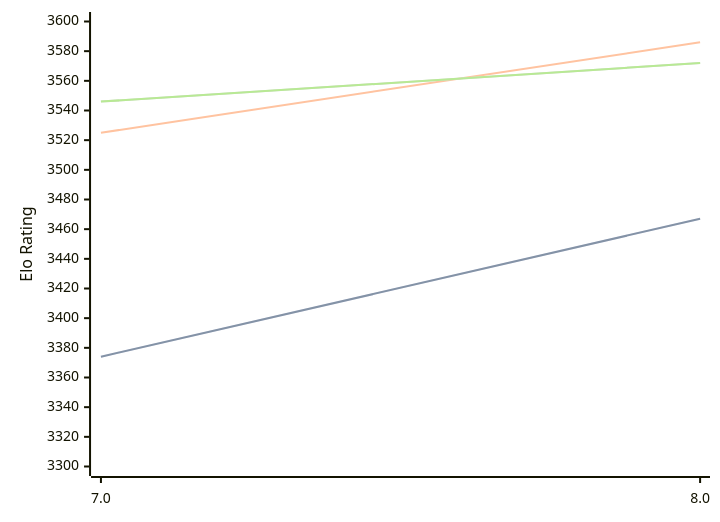
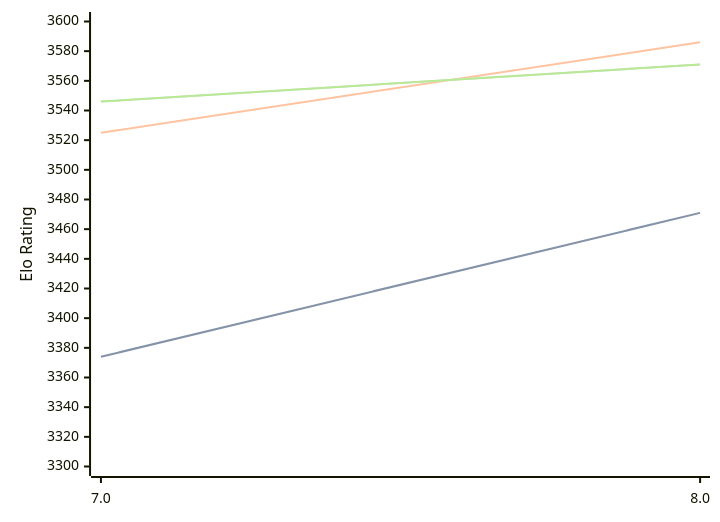
One commit to computer-chess-index/cci changed the diagram in engines/Integral.md. Above: the diagram before and after it, drawn with Mermaid. The commit also changed other lines of this file, not shown here.

Commit message:
Update CCI Ratings (ELO VLTC) - 2026-09-15

````diff
--- a/engines/Integral.md
+++ b/engines/Integral.md
@@ -32,11 +32,11 @@
 ```mermaid
 %%{init: {"theme":"base","themeVariables":{"seriesColors:['#a3a3a3','#222221','#faa371']}}}%%
 xychart-beta
   x-axis ["7.0", "8.0"]
   y-axis "Elo Rating" 3300 --> 3600
-  line "" [3374, 3467]
-  line "STC (8.0+0.08s)" [3374, 3467]
+  line "" [3374, 3471]
+  line "STC (8.0+0.08s)" [3374, 3471]
   line "LTC (60.0+0.60s)" [3525, 3586]
-  line "" [3546, 3572]
-  line "VLTC (2m24s+1.12s)" [3546, 3572]
+  line "" [3546, 3571]
+  line "VLTC (2m24s+1.12s)" [3546, 3571]
 ```
````
